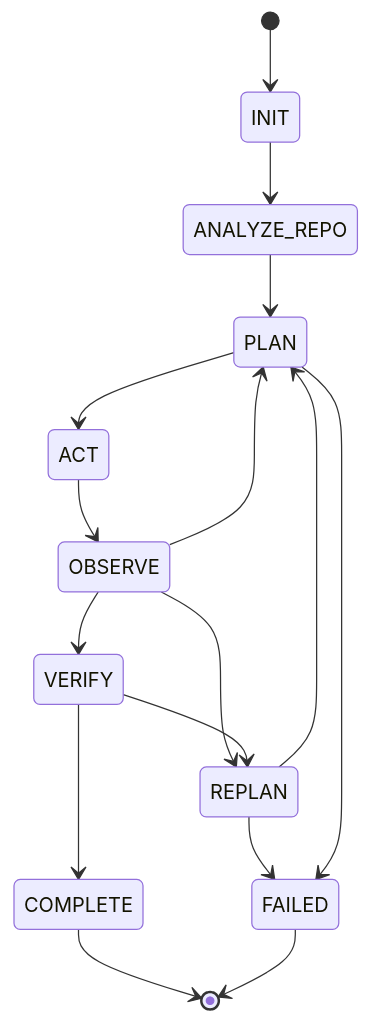
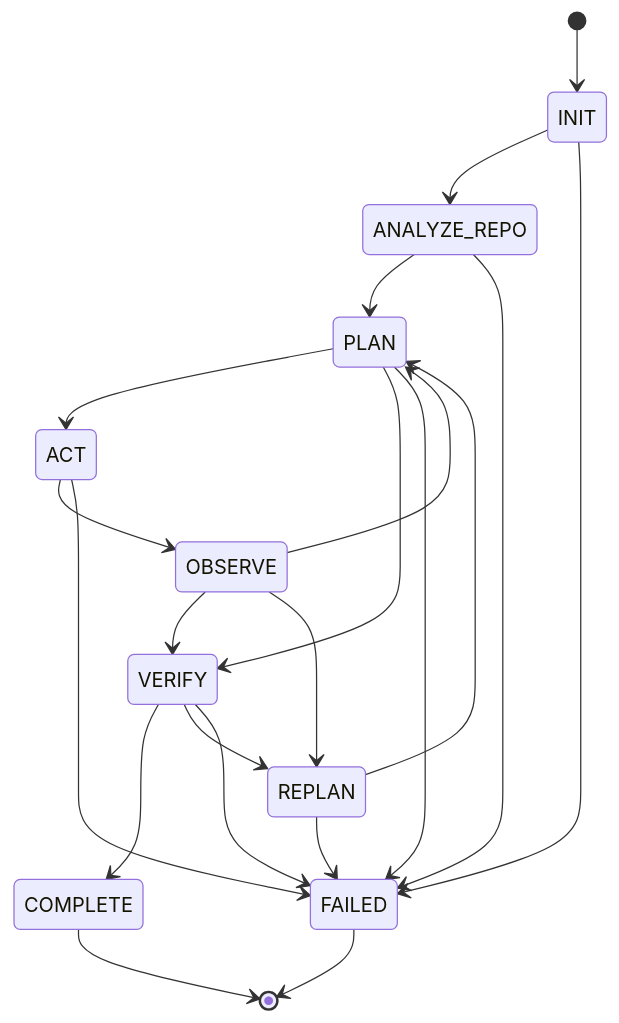
One commit to vaibhav3000/repo-engineer changed the diagram in docs/architecture.md. Above: the diagram before and after it, drawn with Mermaid. The commit also changed other lines of this file and 4 other files, not shown here.

````diff
--- a/docs/architecture.md
+++ b/docs/architecture.md
@@ -10,18 +11,23 @@
 ```mermaid
 stateDiagram-v2
     [*] --> INIT
     INIT --> ANALYZE_REPO
     ANALYZE_REPO --> PLAN
     PLAN --> ACT
+    PLAN --> VERIFY
     ACT --> OBSERVE
     OBSERVE --> PLAN
     OBSERVE --> VERIFY
     OBSERVE --> REPLAN
     REPLAN --> PLAN
     REPLAN --> FAILED
     VERIFY --> COMPLETE
     VERIFY --> REPLAN
+    VERIFY --> FAILED
     PLAN --> FAILED
+    INIT --> FAILED
+    ANALYZE_REPO --> FAILED
+    ACT --> FAILED
     COMPLETE --> [*]
     FAILED --> [*]
 ```
````
